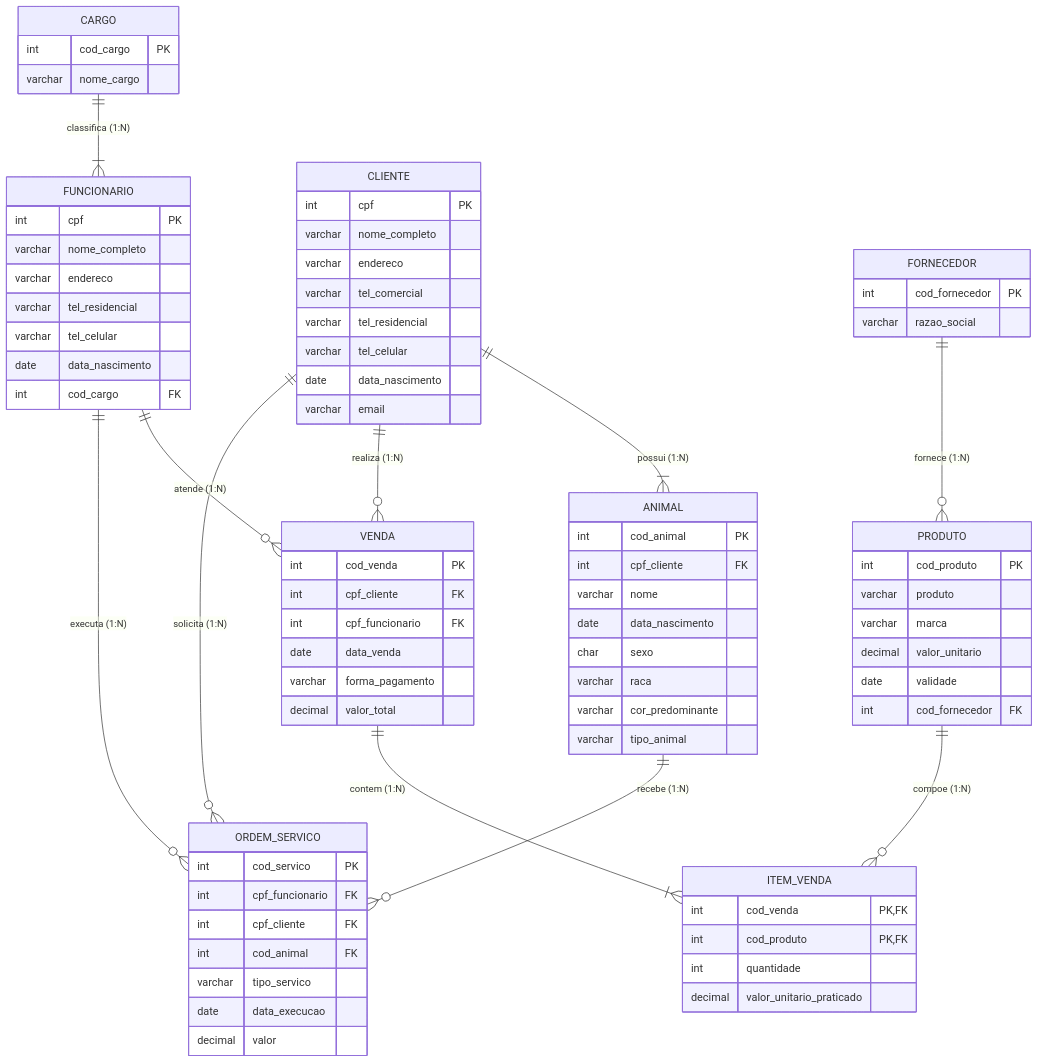
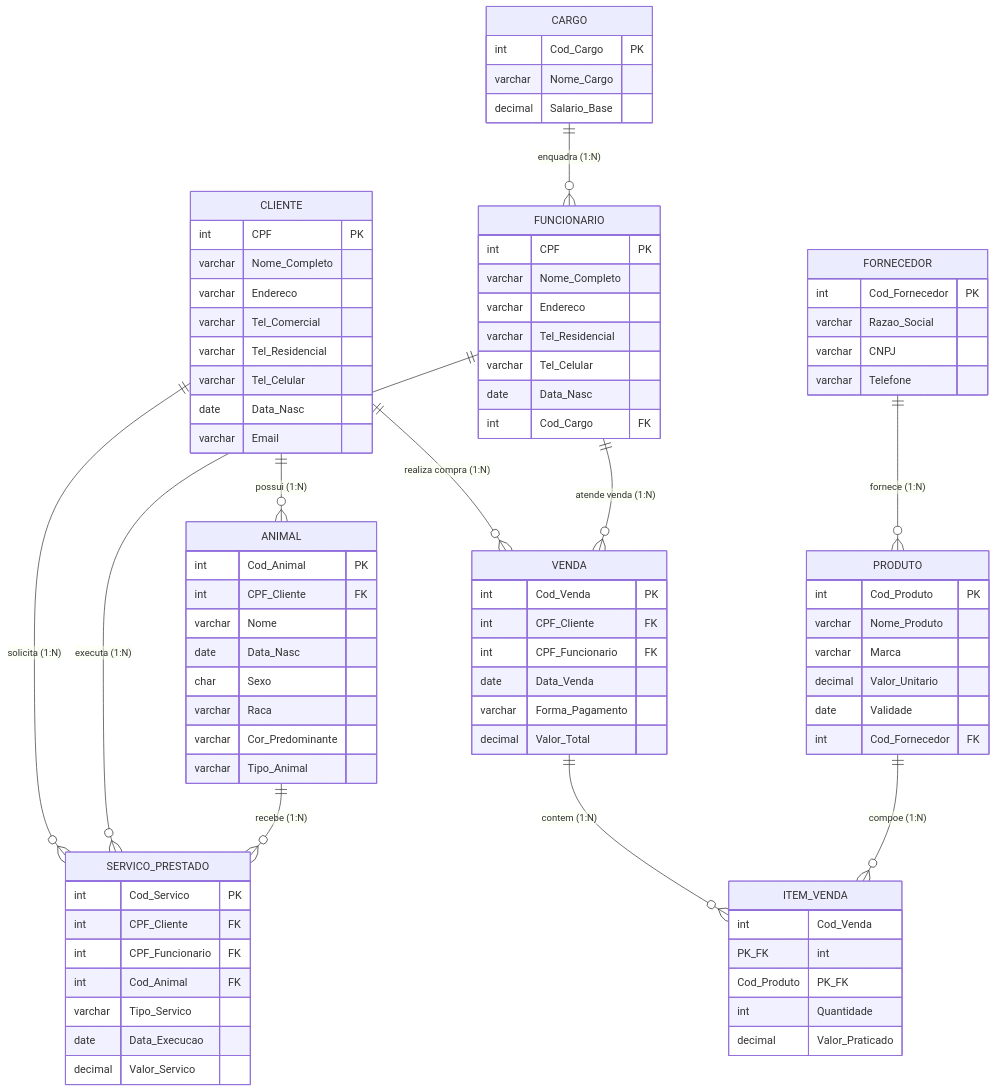
One commit to murilolol/unifef changed the third of 12 diagrams in 3º Semestre/[Prof. Guilherme de Morais] Banco de Dados II/Resumos-IA/Simulados-Comentados.md. Above: the diagram before and after it, drawn with Mermaid. The commit also changed other lines of this file and 40 other files, not shown here.

````diff
--- a/3º Semestre/[Prof. Guilherme de Morais] Banco de Dados II/Resumos-IA/Simulados-Comentados.md
+++ b/3º Semestre/[Prof. Guilherme de Morais] Banco de Dados II/Resumos-IA/Simulados-Comentados.md
@@ -276,90 +248,97 @@
 ```mermaid
 erDiagram
-  CARGO ||--|{ FUNCIONARIO : "classifica (1:N)"
-  CLIENTE ||--|{ ANIMAL : "possui (1:N)"
-  CLIENTE ||--o{ VENDA : "realiza (1:N)"
-  FUNCIONARIO ||--o{ VENDA : "atende (1:N)"
-  VENDA ||--|{ ITEM_VENDA : "contem (1:N)"
-  PRODUTO ||--o{ ITEM_VENDA : "compoe (1:N)"
-  FORNECEDOR ||--o{ PRODUTO : "fornece (1:N)"
-  CLIENTE ||--o{ ORDEM_SERVICO : "solicita (1:N)"
-  FUNCIONARIO ||--o{ ORDEM_SERVICO : "executa (1:N)"
-  ANIMAL ||--o{ ORDEM_SERVICO : "recebe (1:N)"
+    CARGO ||--o{ FUNCIONARIO : "enquadra (1:N)"
+    CLIENTE ||--o{ ANIMAL : "possui (1:N)"
+    
+    CLIENTE ||--o{ SERVICO_PRESTADO : "solicita (1:N)"
+    FUNCIONARIO ||--o{ SERVICO_PRESTADO : "executa (1:N)"
+    ANIMAL ||--o{ SERVICO_PRESTADO : "recebe (1:N)"
+    
+    CLIENTE ||--o{ VENDA : "realiza compra (1:N)"
+    FUNCIONARIO ||--o{ VENDA : "atende venda (1:N)"
+    
+    VENDA ||--o{ ITEM_VENDA : "contem (1:N)"
+    PRODUTO ||--o{ ITEM_VENDA : "compoe (1:N)"
+    
+    FORNECEDOR ||--o{ PRODUTO : "fornece (1:N)"
 
-  CARGO {
-    int cod_cargo PK
-    varchar nome_cargo
-  }
+    CARGO {
+        int Cod_Cargo PK
+        varchar Nome_Cargo
+        decimal Salario_Base
+    }
 
-  FUNCIONARIO {
-    int cpf PK
-    varchar nome_completo
-    varchar endereco
-    varchar tel_residencial
-    varchar tel_celular
-    date data_nascimento
-    int cod_cargo FK
-  }
+    FUNCIONARIO {
+        int CPF PK
+        varchar Nome_Completo
+        varchar Endereco
+        varchar Tel_Residencial
+        varchar Tel_Celular
+        date Data_Nasc
+        int Cod_Cargo FK
+    }
 
-  CLIENTE {
-    int cpf PK
-    varchar nome_completo
-    varchar endereco
-    varchar tel_comercial
-    varchar tel_residencial
-    varchar tel_celular
-    date data_nascimento
-    varchar email
-  }
+    CLIENTE {
+        int CPF PK
+        varchar Nome_Completo
+        varchar Endereco
+        varchar Tel_Comercial
+        varchar Tel_Residencial
+        varchar Tel_Celular
+        date Data_Nasc
+        varchar Email
+    }
 
-  ANIMAL {
-    int cod_animal PK
-    int cpf_cliente FK
-    varchar nome
-    date data_nascimento
-    char sexo
-    varchar raca
-    varchar cor_predominante
-    varchar tipo_animal
-  }
+    ANIMAL {
+        int Cod_Animal PK
+        int CPF_Cliente FK
+        varchar Nome
+        date Data_Nasc
+        char Sexo
+        varchar Raca
+        varchar Cor_Predominante
+        varchar Tipo_Animal
+    }
 
-  FORNECEDOR {
-    int cod_fornecedor PK
-    varchar razao_social
-  }
+    SERVICO_PRESTADO {
+        int Cod_Servico PK
+        int CPF_Cliente FK
+        int CPF_Funcionario FK
+        int Cod_Animal FK
+        varchar Tipo_Servico
+        date Data_Execucao
+        decimal Valor_Servico
+    }
 
-  PRODUTO {
-    int cod_produto PK
-    varchar produto
-    varchar marca
-    decimal valor_unitario
-    date validade
-    int cod_fornecedor FK
-  }
+    FORNECEDOR {
+        int Cod_Fornecedor PK
+        varchar Razao_Social
+        varchar CNPJ
+        varchar Telefone
+    }
 
-  VENDA {
-    int cod_venda PK
-    int cpf_cliente FK
-    int cpf_funcionario FK
-    date data_venda
-    varchar forma_pagamento
-    decimal valor_total
-  }
+    PRODUTO {
+        int Cod_Produto PK
+        varchar Nome_Produto
+        varchar Marca
+        decimal Valor_Unitario
+        date Validade
+        int Cod_Fornecedor FK
+    }
 
-  ITEM_VENDA {
-    int cod_venda PK, FK
-    int cod_produto PK, FK
-    int quantidade
-    decimal valor_unitario_praticado
-  }
+    VENDA {
+        int Cod_Venda PK
+        int CPF_Cliente FK
+        int CPF_Funcionario FK
+        date Data_Venda
+        varchar Forma_Pagamento
+        decimal Valor_Total
+    }
 
-  ORDEM_SERVICO {
-    int cod_servico PK
-    int cpf_funcionario FK
-    int cpf_cliente FK
-    int cod_animal FK
-    varchar tipo_servico
-    date data_execucao
-    decimal valor
-  }
+    ITEM_VENDA {
+        int Cod_Venda PK_FK
+        int Cod_Produto PK_FK
+        int Quantidade
+        decimal Valor_Praticado
+    }
 ```
````
